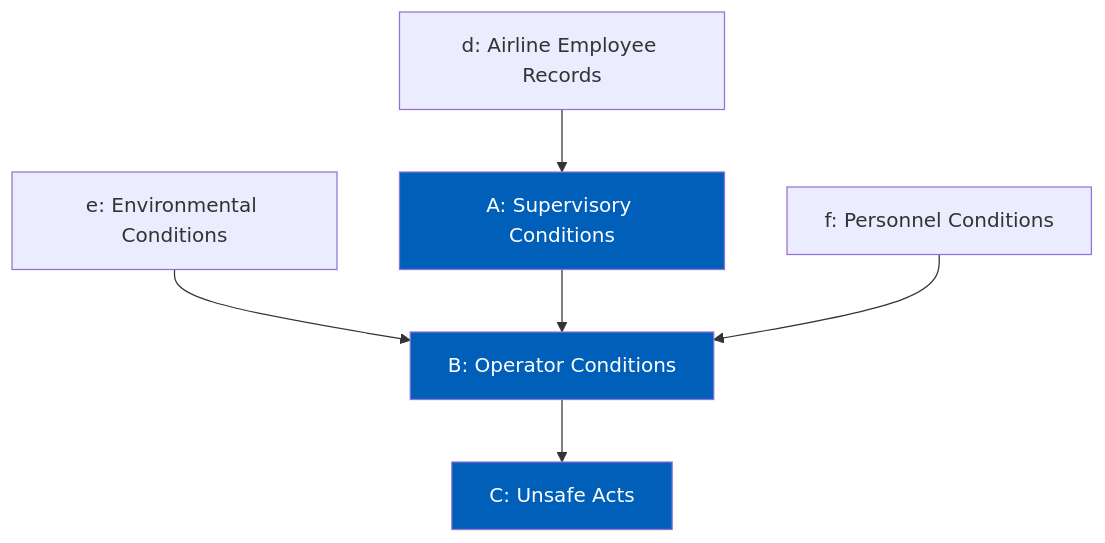
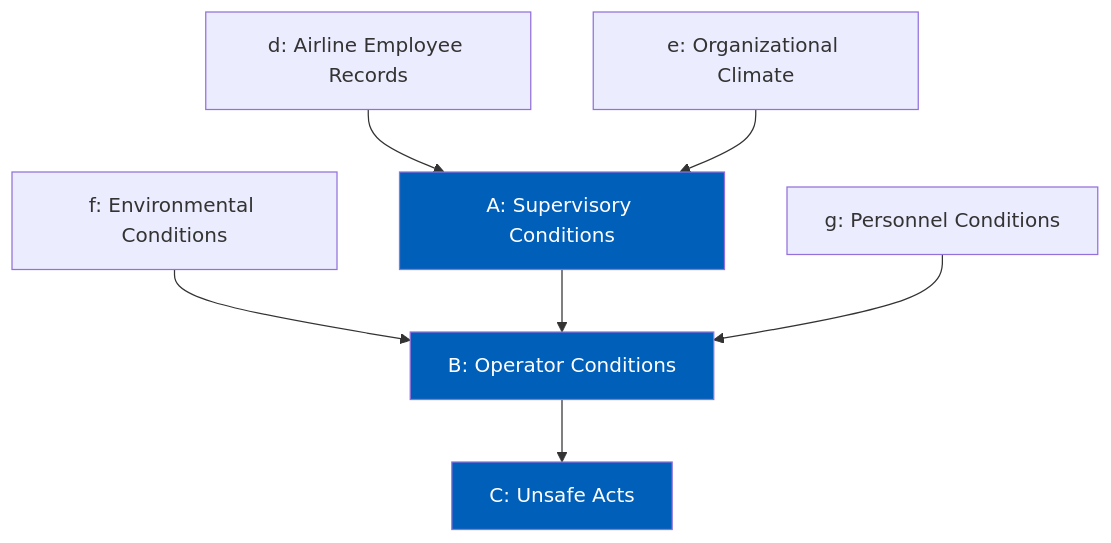
Before and after one commit to kcava2/Sequential-Causal-Architecture-for-Multimodal-Aviation-Accident-Prediction: the diagram in README.md, drawn with Mermaid.

````diff
--- a/README.md
+++ b/README.md
@@ -21,12 +21,13 @@
 ```mermaid
 graph TD
-    E[e: Environmental Conditions] --> B
+    F[f: Environmental Conditions] --> B
     D[d: Airline Employee Records] --> A[A: Supervisory Conditions]
+    E[e: Organizational Climate] --> A[A: Supervisory Conditions]
     A --> B[B: Operator Conditions]
-    F[f: Personnel Conditions] --> B
+    G[g: Personnel Conditions] --> B
     B --> C[C: Unsafe Acts]
 
     style A fill:#005fb8,color:#fff
     style B fill:#005fb8,color:#fff
     style C fill:#005fb8,color:#fff
 ```
````
